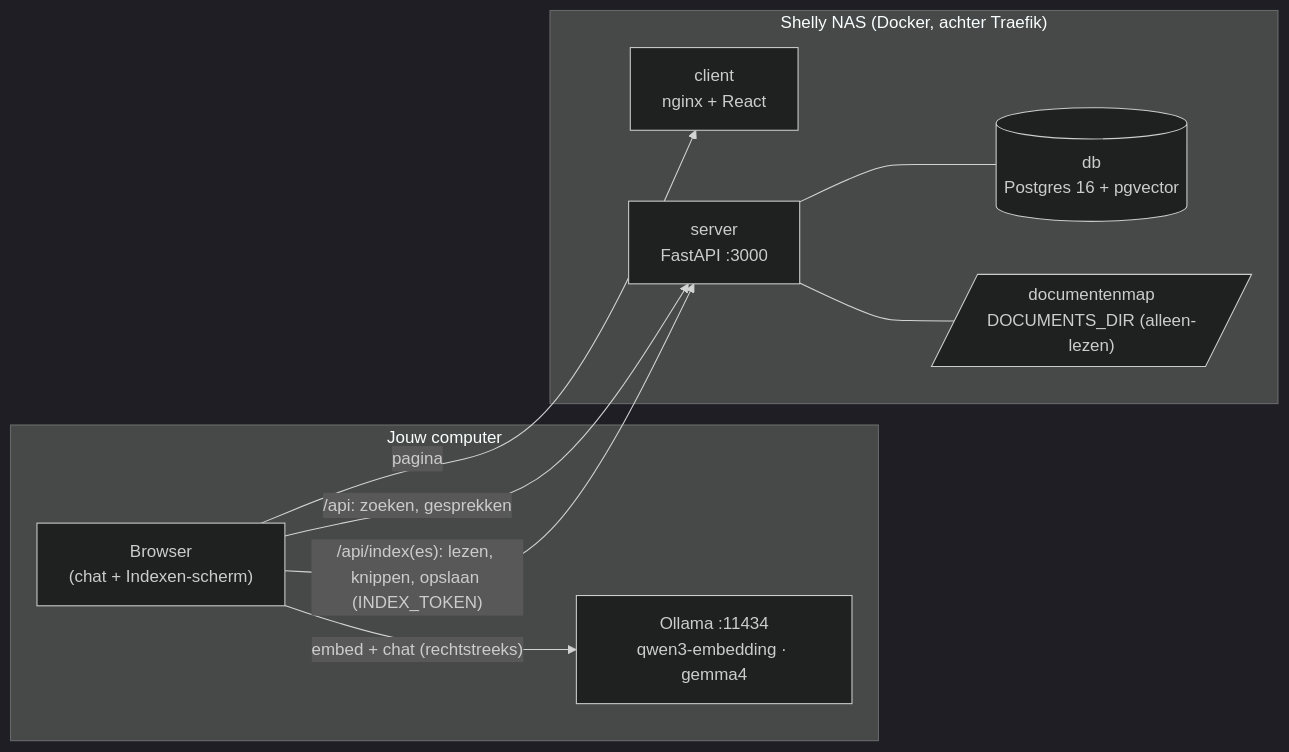
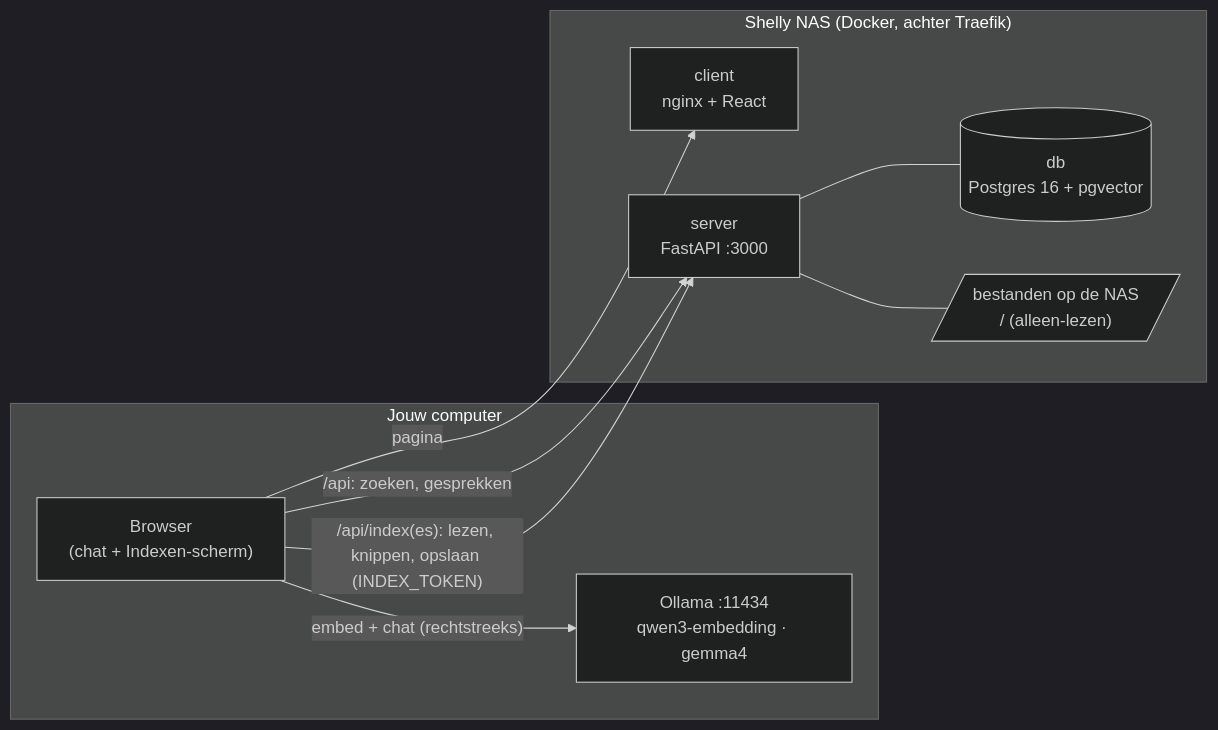
Before and after one commit to shelly-nas/shelly-chat: the diagram in README.md, drawn with Mermaid (dark theme). The commit also changed other lines of this file and 14 other files, not shown here.

````diff
--- a/README.md
+++ b/README.md
@@ -14,20 +14,20 @@
 ```mermaid
 flowchart LR
     subgraph PC["Jouw computer"]
         B["Browser<br/>(chat + Indexen-scherm)"]
         O["Ollama :11434<br/>qwen3-embedding · gemma4"]
     end
     subgraph NAS["Shelly NAS (Docker, achter Traefik)"]
         C["client<br/>nginx + React"]
         S["server<br/>FastAPI :3000"]
         D[("db<br/>Postgres 16 + pgvector")]
-        F[/"documentenmap<br/>DOCUMENTS_DIR (alleen-lezen)"/]
+        F[/"bestanden op de NAS<br/>/ (alleen-lezen)"/]
     end
 
     B -- "pagina" --> C
     B -- "/api: zoeken, gesprekken" --> S
     B -- "embed + chat (rechtstreeks)" --> O
     B -- "/api/index(es): lezen, knippen, opslaan (INDEX_TOKEN)" --> S
     S --- D
     S --- F
 ```
````
